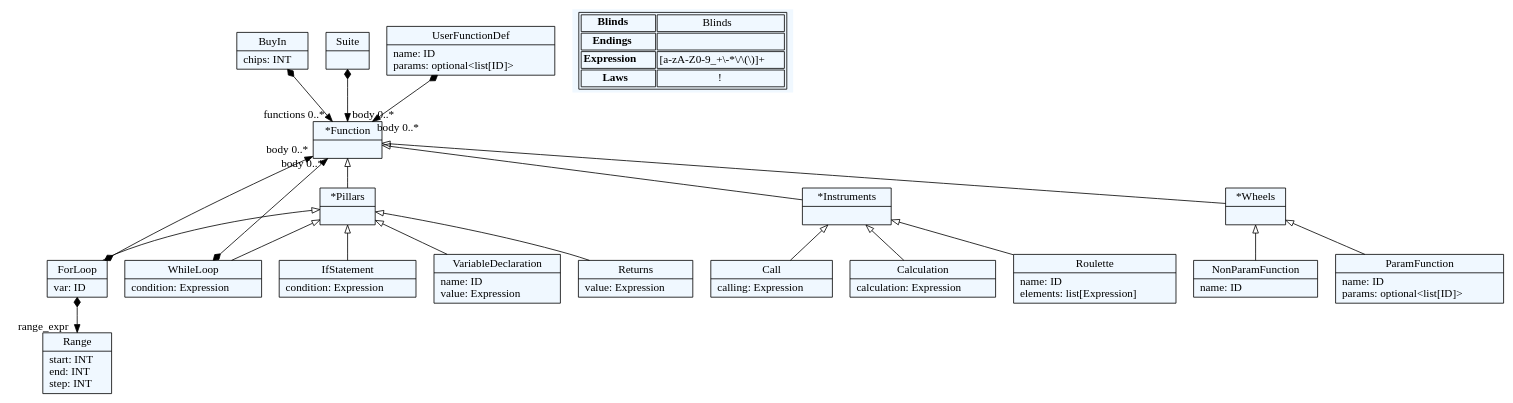
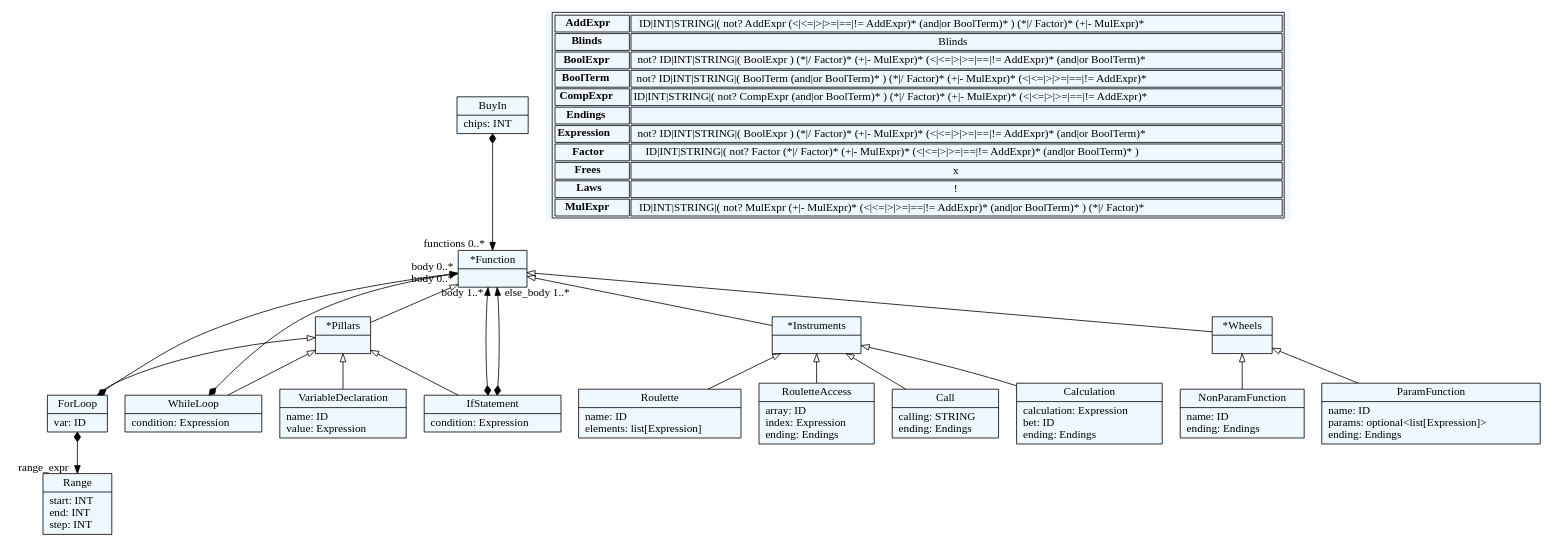
The diagram in fortuna.dot (Kruvalcaba85/Fortuna-Programming-Language), drawn with Graphviz before and after one commit. The commit also changed 2 other files, not shown here.

```diff
--- a/fortuna.dot
+++ b/fortuna.dot
@@ -1,87 +1,104 @@
 
     digraph textX {
     fontname = "Bitstream Vera Sans"
     fontsize = 8
     node[
         shape=record,
         style=filled,
         fillcolor=aliceblue
     ]
     nodesep = 0.3
     edge[dir=black,arrowtail=empty]
 
 
-1535498030832[ label="{BuyIn|chips: INT\l}"]
+2325705923648[ label="{BuyIn|chips: INT\l}"]
 
-1535498037168[ label="{*Function|}"]
+2325689430240[ label="{*Function|}"]
 
-1535498173568[ label="{*Pillars|}"]
+2325705924272[ label="{*Pillars|}"]
 
-1535498173328[ label="{ForLoop|var: ID\l}"]
+2325705923984[ label="{ForLoop|var: ID\l}"]
 
-1535498173376[ label="{WhileLoop|condition: Expression\l}"]
+2325705924368[ label="{WhileLoop|condition: Expression\l}"]
 
-1535498173472[ label="{IfStatement|condition: Expression\l}"]
+2325705928688[ label="{IfStatement|condition: Expression\l}"]
 
-1535498161136[ label="{Suite|}"]
+2325705919328[ label="{VariableDeclaration|name: ID\lvalue: Expression\l}"]
 
-1535498173616[ label="{VariableDeclaration|name: ID\lvalue: Expression\l}"]
+2325705922400[ label="{Range|start: INT\lend: INT\lstep: INT\l}"]
 
-1535498172080[ label="{UserFunctionDef|name: ID\lparams: optional\<list[ID]\>\l}"]
+2325705920912[ label="{*Instruments|}"]
 
-1535498173808[ label="{Returns|value: Expression\l}"]
+2325705919520[ label="{Call|calling: STRING\lending: Endings\l}"]
 
-1535498173856[ label="{Range|start: INT\lend: INT\lstep: INT\l}"]
+2325705918944[ label="{Calculation|calculation: Expression\lbet: ID\lending: Endings\l}"]
 
-1535498174000[ label="{*Instruments|}"]
+2325705917600[ label="{Roulette|name: ID\lelements: list[Expression]\l}"]
 
-1535498307488[ label="{Call|calling: Expression\l}"]
+2325705923696[ label="{RouletteAccess|array: ID\lindex: Expression\lending: Endings\l}"]
 
-1535498306624[ label="{Calculation|calculation: Expression\l}"]
+2325705923504[ label="{*Wheels|}"]
 
-1535498306288[ label="{Roulette|name: ID\lelements: list[Expression]\l}"]
+2325705923744[ label="{NonParamFunction|name: ID\lending: Endings\l}"]
 
-1535498306672[ label="{*Wheels|}"]
-
-1535498305808[ label="{NonParamFunction|name: ID\l}"]
-
-1535498305616[ label="{ParamFunction|name: ID\lparams: optional\<list[ID]\>\l}"]
+2325705931232[ label="{ParamFunction|name: ID\lparams: optional\<list[Expression]\>\lending: Endings\l}"]
 
 
 
-1535498030832 -> 1535498037168[arrowtail=diamond, dir=both, headlabel="functions 0..*"]
-1535498037168 -> 1535498173568 [dir=back]
-1535498037168 -> 1535498174000 [dir=back]
-1535498037168 -> 1535498306672 [dir=back]
-1535498173568 -> 1535498173328 [dir=back]
-1535498173568 -> 1535498173376 [dir=back]
-1535498173568 -> 1535498173472 [dir=back]
-1535498173568 -> 1535498173616 [dir=back]
-1535498173568 -> 1535498173808 [dir=back]
-1535498173328 -> 1535498173856[arrowtail=diamond, dir=both, headlabel="range_expr "]
-1535498173328 -> 1535498037168[arrowtail=diamond, dir=both, headlabel="body 0..*"]
-1535498173376 -> 1535498037168[arrowtail=diamond, dir=both, headlabel="body 0..*"]
-1535498161136 -> 1535498037168[arrowtail=diamond, dir=both, headlabel="body 0..*"]
-1535498172080 -> 1535498037168[arrowtail=diamond, dir=both, headlabel="body 0..*"]
-1535498174000 -> 1535498307488 [dir=back]
-1535498174000 -> 1535498306624 [dir=back]
-1535498174000 -> 1535498306288 [dir=back]
-1535498306672 -> 1535498305808 [dir=back]
-1535498306672 -> 1535498305616 [dir=back]
+2325705923648 -> 2325689430240[arrowtail=diamond, dir=both, headlabel="functions 0..*"]
+2325689430240 -> 2325705924272 [dir=back]
+2325689430240 -> 2325705920912 [dir=back]
+2325689430240 -> 2325705923504 [dir=back]
+2325705924272 -> 2325705923984 [dir=back]
+2325705924272 -> 2325705924368 [dir=back]
+2325705924272 -> 2325705928688 [dir=back]
+2325705924272 -> 2325705919328 [dir=back]
+2325705923984 -> 2325705922400[arrowtail=diamond, dir=both, headlabel="range_expr "]
+2325705923984 -> 2325689430240[arrowtail=diamond, dir=both, headlabel="body 0..*"]
+2325705924368 -> 2325689430240[arrowtail=diamond, dir=both, headlabel="body 0..*"]
+2325705928688 -> 2325689430240[arrowtail=diamond, dir=both, headlabel="body 1..*"]
+2325705928688 -> 2325689430240[arrowtail=diamond, dir=both, headlabel="else_body 1..*"]
+2325705920912 -> 2325705919520 [dir=back]
+2325705920912 -> 2325705918944 [dir=back]
+2325705920912 -> 2325705917600 [dir=back]
+2325705920912 -> 2325705923696 [dir=back]
+2325705923504 -> 2325705923744 [dir=back]
+2325705923504 -> 2325705931232 [dir=back]
 match_rules [ shape=plaintext, label=< <table>
 	<tr>
+		<td><b>AddExpr</b></td><td>ID|INT|STRING|( not? AddExpr (&lt;|&lt;=|&gt;|&gt;=|==|!= AddExpr)* (and|or BoolTerm)* ) (*|/ Factor)* (+|- MulExpr)*</td>
+	</tr>
+	<tr>
 		<td><b>Blinds</b></td><td>Blinds</td>
+	</tr>
+	<tr>
+		<td><b>BoolExpr</b></td><td>not? ID|INT|STRING|( BoolExpr ) (*|/ Factor)* (+|- MulExpr)* (&lt;|&lt;=|&gt;|&gt;=|==|!= AddExpr)* (and|or BoolTerm)*</td>
+	</tr>
+	<tr>
+		<td><b>BoolTerm</b></td><td>not? ID|INT|STRING|( BoolTerm (and|or BoolTerm)* ) (*|/ Factor)* (+|- MulExpr)* (&lt;|&lt;=|&gt;|&gt;=|==|!= AddExpr)*</td>
+	</tr>
+	<tr>
+		<td><b>CompExpr</b></td><td>ID|INT|STRING|( not? CompExpr (and|or BoolTerm)* ) (*|/ Factor)* (+|- MulExpr)* (&lt;|&lt;=|&gt;|&gt;=|==|!= AddExpr)*</td>
 	</tr>
 	<tr>
 		<td><b>Endings</b></td><td></td>
 	</tr>
 	<tr>
-		<td><b>Expression</b></td><td>[a-zA-Z0-9_+\-*\/\(\)]+</td>
+		<td><b>Expression</b></td><td>not? ID|INT|STRING|( BoolExpr ) (*|/ Factor)* (+|- MulExpr)* (&lt;|&lt;=|&gt;|&gt;=|==|!= AddExpr)* (and|or BoolTerm)*</td>
+	</tr>
+	<tr>
+		<td><b>Factor</b></td><td>ID|INT|STRING|( not? Factor (*|/ Factor)* (+|- MulExpr)* (&lt;|&lt;=|&gt;|&gt;=|==|!= AddExpr)* (and|or BoolTerm)* )</td>
+	</tr>
+	<tr>
+		<td><b>Frees</b></td><td>x</td>
 	</tr>
 	<tr>
 		<td><b>Laws</b></td><td>!</td>
+	</tr>
+	<tr>
+		<td><b>MulExpr</b></td><td>ID|INT|STRING|( not? MulExpr (+|- MulExpr)* (&lt;|&lt;=|&gt;|&gt;=|==|!= AddExpr)* (and|or BoolTerm)* ) (*|/ Factor)*</td>
 	</tr>
 </table> >]
 
 
 }
```
